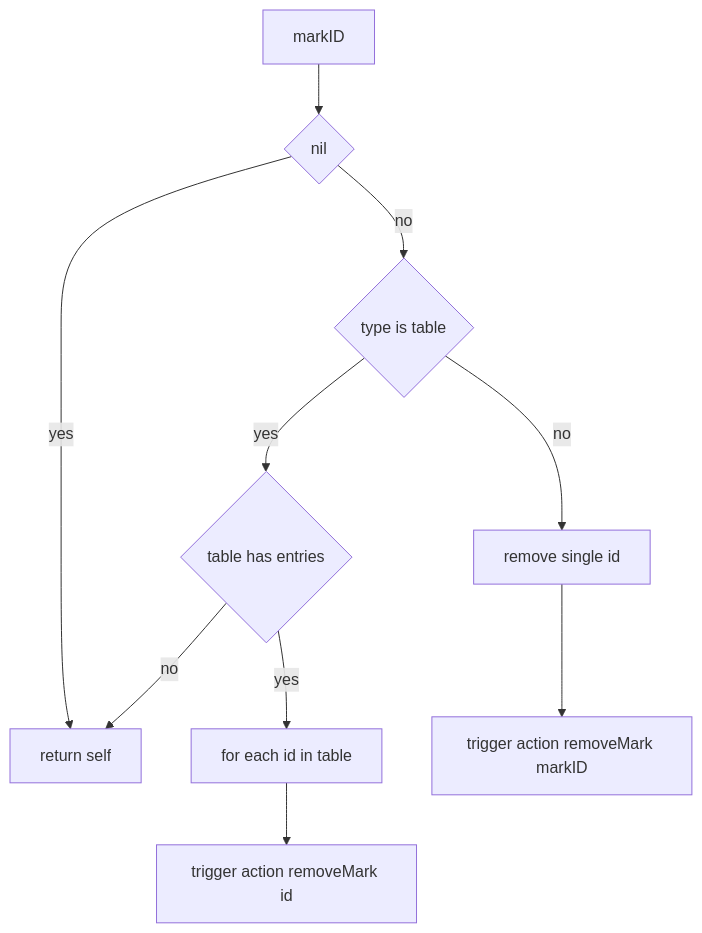
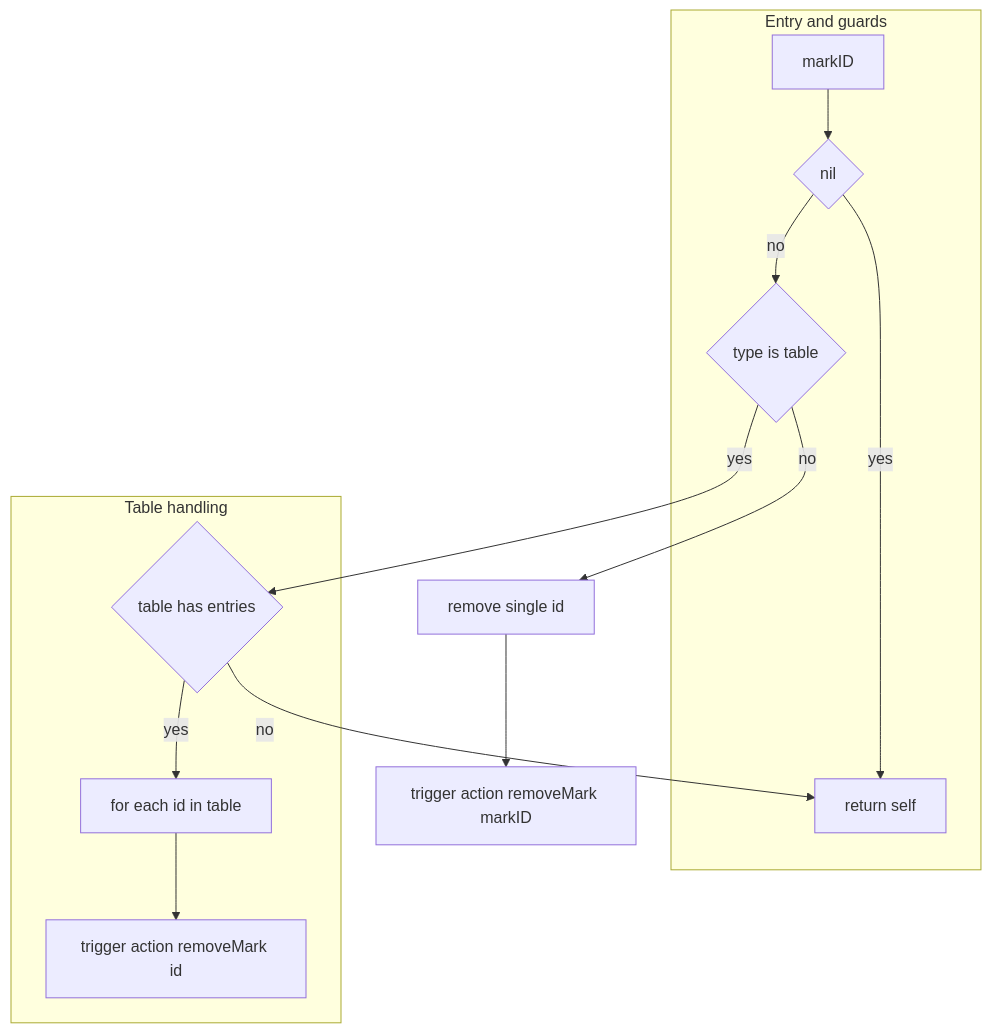
Before and after one commit to Gh0st352/AETHR: the first of 2 diagrams in docs/markers/removal.md, drawn with Mermaid. The commit also changed other lines of this file and 4 other files, not shown here.

First line of the commit message:
docs(markers): reorganize Mermaid diagrams into subgraphs

````diff
--- a/docs/markers/removal.md
+++ b/docs/markers/removal.md
@@ -21,12 +21,21 @@
 ```mermaid
+%% shared theme: docs/_mermaid/theme.json %%
 flowchart TD
-  IN[markID] --> NIL{nil}
-  NIL -->|yes| RET[return self]
-  NIL -->|no| ISTBL{type is table}
-  ISTBL -->|yes| SUM{table has entries}
-  SUM -->|no| RET
-  SUM -->|yes| LOOP[for each id in table]
-  LOOP --> RM[trigger action removeMark id]
+  subgraph "Entry and guards"
+    IN[markID] --> NIL{nil}
+    NIL -->|yes| RET[return self]
+    NIL -->|no| ISTBL{type is table}
+  end
+  subgraph "Table handling"
+    ISTBL -->|yes| SUM{table has entries}
+    SUM -->|no| RET
+    SUM -->|yes| LOOP[for each id in table]
+    LOOP --> RM[trigger action removeMark id]
+  end
   ISTBL -->|no| ONE[remove single id]
   ONE --> RM2[trigger action removeMark markID]
+  class IN,RM2 class_io;
+  class NIL,ISTBL,SUM class_decision;
+  class LOOP,RM class_compute;
+  class RET,ONE class_step;
 ```
````
